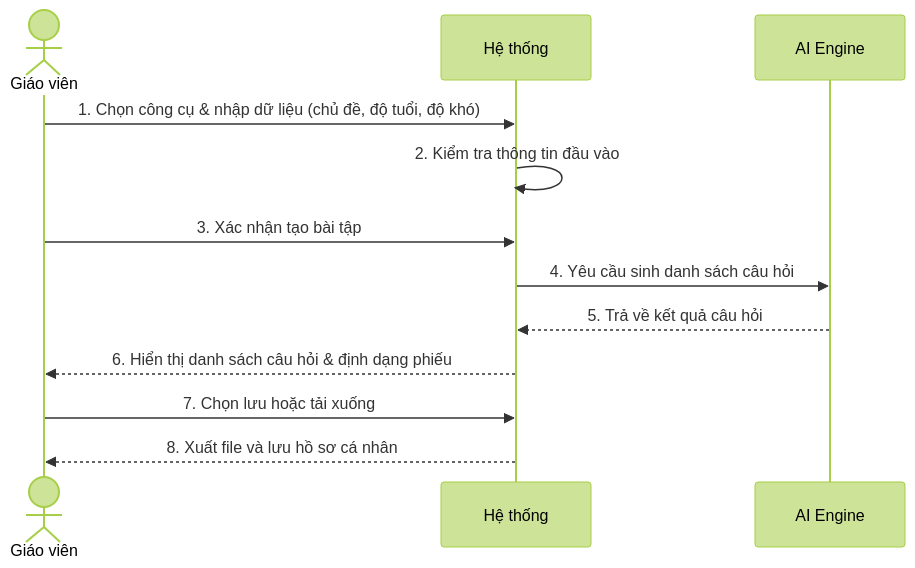
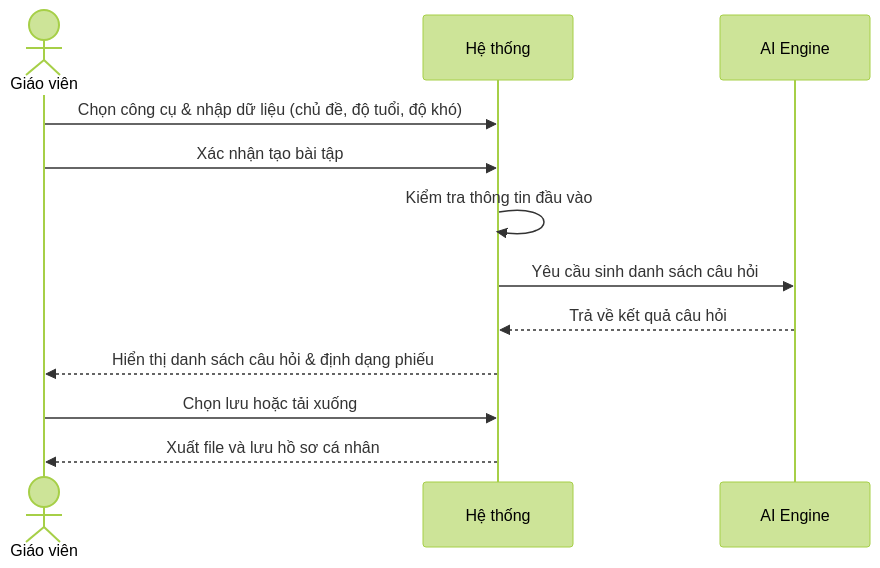
The first of 4 diagrams in docs/nhom_1_soan_giang.md (Cong-ty-TNNH-Q-Tech/Q-School), drawn with Mermaid (forest theme) before and after one commit. The commit also changed other lines of this file and 5 other files, not shown here.

Commit message:
docs: refine sequence diagrams logical flow and remove step numbers

````diff
--- a/docs/nhom_1_soan_giang.md
+++ b/docs/nhom_1_soan_giang.md
@@ -23,15 +23,15 @@
 ```mermaid
 sequenceDiagram
     actor GV as Giáo viên
     participant HT as Hệ thống
     participant AI as AI Engine
 
-    GV->>HT: 1. Chọn công cụ & nhập dữ liệu (chủ đề, độ tuổi, độ khó)
-    HT->>HT: 2. Kiểm tra thông tin đầu vào
-    GV->>HT: 3. Xác nhận tạo bài tập
-    HT->>AI: 4. Yêu cầu sinh danh sách câu hỏi
-    AI-->>HT: 5. Trả về kết quả câu hỏi
-    HT-->>GV: 6. Hiển thị danh sách câu hỏi & định dạng phiếu
-    GV->>HT: 7. Chọn lưu hoặc tải xuống
-    HT-->>GV: 8. Xuất file và lưu hồ sơ cá nhân
+    GV->>HT: Chọn công cụ & nhập dữ liệu (chủ đề, độ tuổi, độ khó)
+    GV->>HT: Xác nhận tạo bài tập
+    HT->>HT: Kiểm tra thông tin đầu vào
+    HT->>AI: Yêu cầu sinh danh sách câu hỏi
+    AI-->>HT: Trả về kết quả câu hỏi
+    HT-->>GV: Hiển thị danh sách câu hỏi & định dạng phiếu
+    GV->>HT: Chọn lưu hoặc tải xuống
+    HT-->>GV: Xuất file và lưu hồ sơ cá nhân
 ```
````
